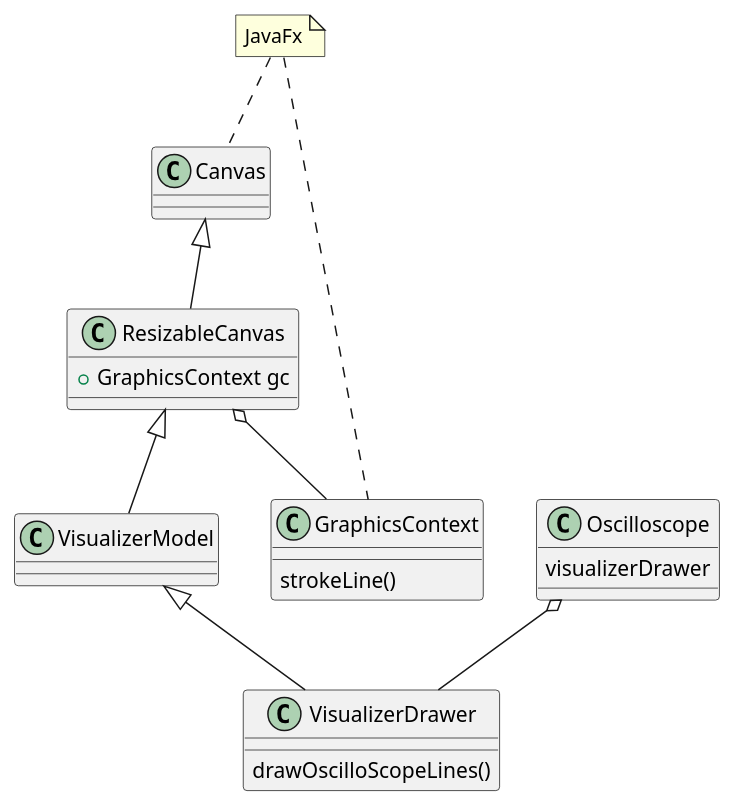
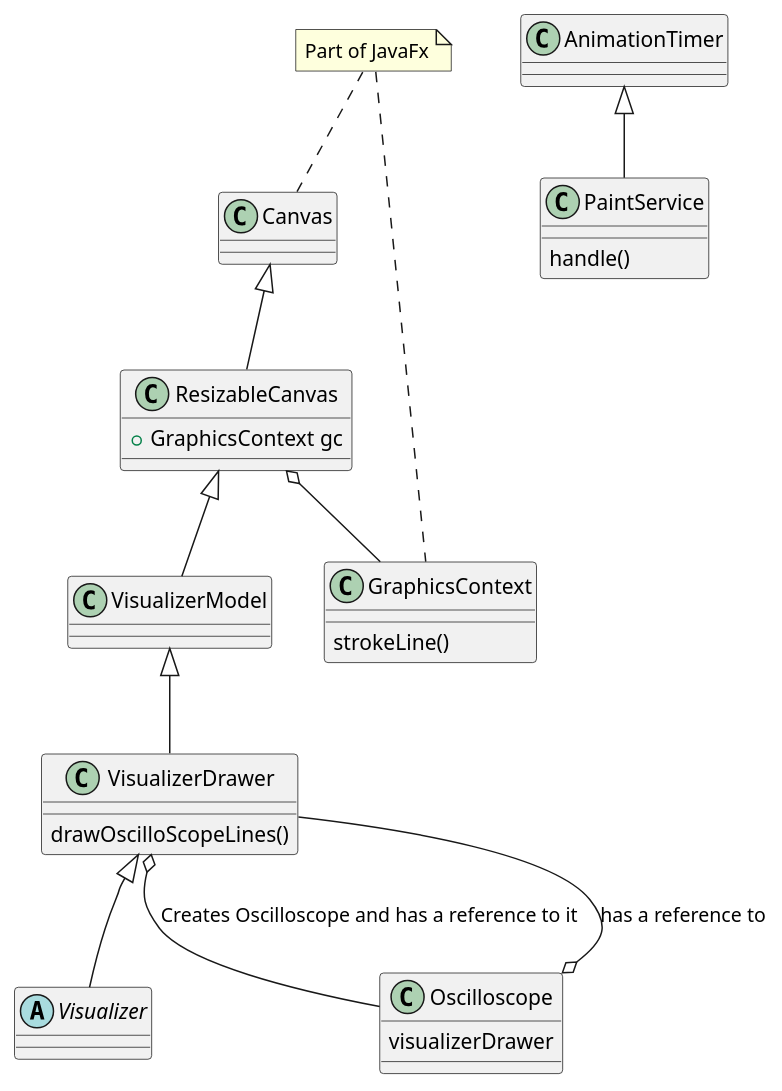
The diagram in src/main/resources/Oscilloscope.puml (HelgeStenstrom/xr3UsageExamples), drawn with PlantUML before and after one commit. The commit also changed 1 other file, not shown here.

Commit message:
UML files

```diff
--- a/src/main/resources/Oscilloscope.puml
+++ b/src/main/resources/Oscilloscope.puml
@@ -1,30 +1,37 @@
 @startuml
 
-note "JavaFx" as N1
+note "Part of JavaFx" as N1
 N1 .. Canvas
 N1 .. GraphicsContext
 
 class GraphicsContext {
 strokeLine()
 }
 
 class Canvas
 
 class ResizableCanvas extends Canvas{
 +GraphicsContext gc
 }
 
 class VisualizerModel extends ResizableCanvas
 
 class VisualizerDrawer extends VisualizerModel {
 drawOscilloScopeLines()
 }
 
+abstract class Visualizer extends VisualizerDrawer
+
+class PaintService extends AnimationTimer {
+handle()
+}
+
 class Oscilloscope {
 visualizerDrawer
 }
 
-Oscilloscope o-- VisualizerDrawer
+Oscilloscope o-- VisualizerDrawer : has a reference to
+VisualizerDrawer o-- Oscilloscope : Creates Oscilloscope and has a reference to it
 ResizableCanvas o-- GraphicsContext
 
 @enduml
```
